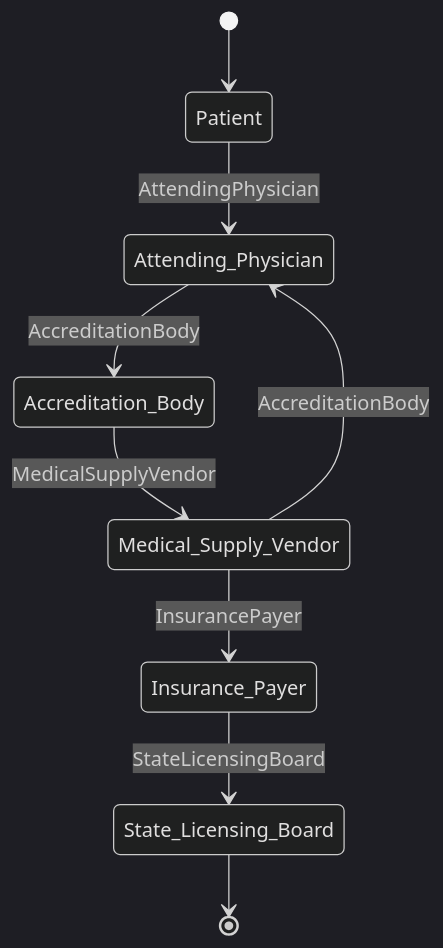
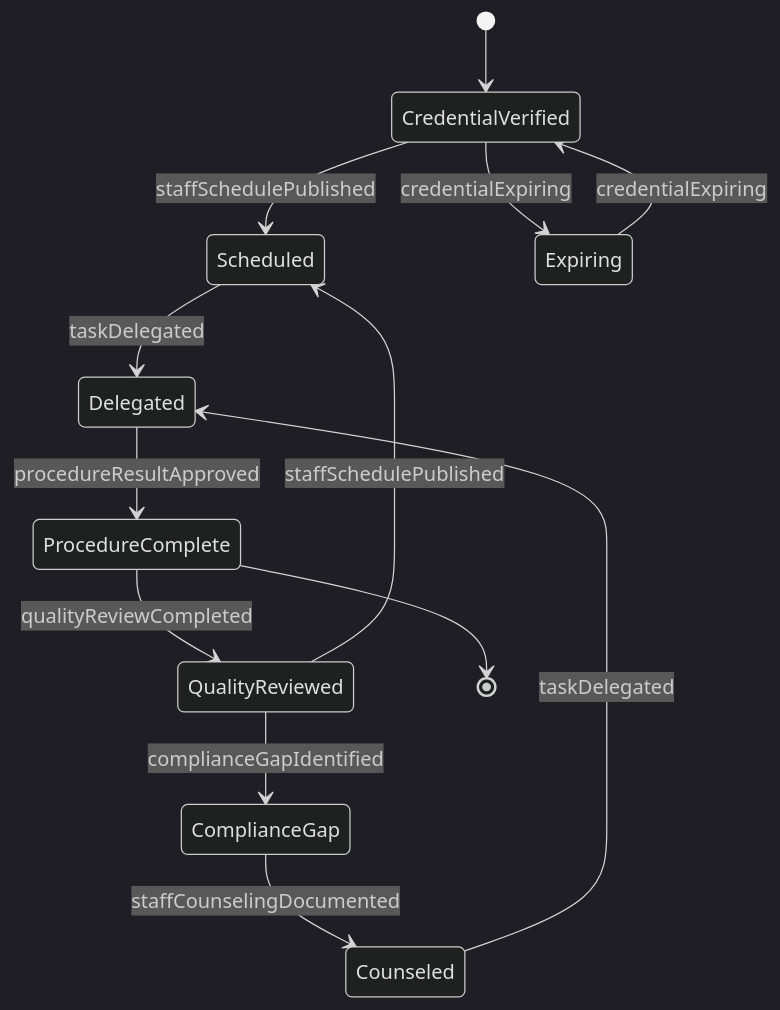
The second of 4 diagrams in GuidingDirectingAndMotivatingSubordinates/SupervisePersonnelActivities/SuperviseMedicalSupportPersonnel.mdx (dot-org-ai/tasks.org.ai), drawn with Mermaid (dark theme) before and after one commit. The commit also changed other lines of this file and 515 other files, not shown here.

````diff
--- a/GuidingDirectingAndMotivatingSubordinates/SupervisePersonnelActivities/SuperviseMedicalSupportPersonnel.mdx
+++ b/GuidingDirectingAndMotivatingSubordinates/SupervisePersonnelActivities/SuperviseMedicalSupportPersonnel.mdx
@@ -102,11 +99,15 @@
 ```mermaid
 stateDiagram-v2
-    [*] --> Patient
-    Patient --> Attending_Physician: AttendingPhysician
-    Attending_Physician --> Accreditation_Body: AccreditationBody
-    Accreditation_Body --> Medical_Supply_Vendor: MedicalSupplyVendor
-    Medical_Supply_Vendor --> Insurance_Payer: InsurancePayer
-    Insurance_Payer --> State_Licensing_Board: StateLicensingBoard
-    Medical_Supply_Vendor --> Attending_Physician: AccreditationBody
-    State_Licensing_Board --> [*]
+    [*] --> CredentialVerified
+    CredentialVerified --> Scheduled : staffSchedulePublished
+    Scheduled --> Delegated : taskDelegated
+    Delegated --> ProcedureComplete : procedureResultApproved
+    ProcedureComplete --> QualityReviewed : qualityReviewCompleted
+    QualityReviewed --> ComplianceGap : complianceGapIdentified
+    ComplianceGap --> Counseled : staffCounselingDocumented
+    Counseled --> Delegated : taskDelegated
+    QualityReviewed --> Scheduled : staffSchedulePublished
+    CredentialVerified --> Expiring : credentialExpiring
+    Expiring --> CredentialVerified : credentialExpiring
+    ProcedureComplete --> [*]
 ```
````
